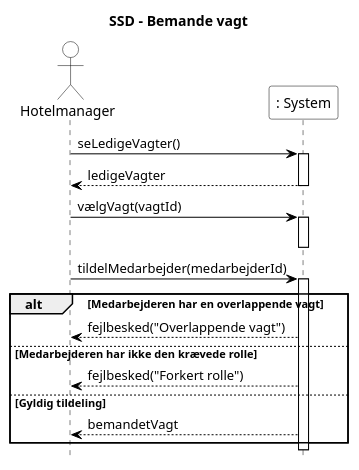
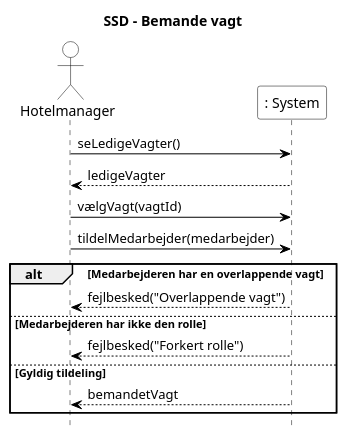
One commit to Baileykingaby/HotelFjordblik changed the diagram in SSD.puml. Above: the diagram before and after it, drawn with PlantUML.

Commit message:
SSD ændret

```diff
--- a/SSD.puml
+++ b/SSD.puml
@@ -2,55 +2,53 @@
 @startuml
 title SSD - Bemande vagt
 
 hide footbox
 
 skinparam backgroundColor white
 
 skinparam ActorStyle stickman
 skinparam ActorBackgroundColor white
 skinparam ActorBorderColor black
 skinparam ActorFontColor black
 
 skinparam ParticipantBackgroundColor white
 skinparam ParticipantBorderColor black
 skinparam ParticipantFontColor black
 
 skinparam SequenceLifeLineBackgroundColor white
 skinparam SequenceLifeLineBorderColor black
 
 skinparam ArrowColor black
 skinparam ArrowFontColor black
 
 skinparam GroupBorderColor black
 skinparam GroupBackgroundColor white
 skinparam GroupHeaderFontColor black
 skinparam GroupBodyBackgroundColor white
 
 actor "Hotelmanager" as H
 participant ": System" as S
 
 H -> S : seLedigeVagter()
-activate S
+
 S --> H : ledigeVagter
-deactivate S
 
 H -> S : vælgVagt(vagtId)
-activate S
-deactivate S
 
-H -> S : tildelMedarbejder(medarbejderId)
-activate S
+
+H -> S : tildelMedarbejder(medarbejder)
+
 
 alt Medarbejderen har en overlappende vagt
     S --> H : fejlbesked("Overlappende vagt")
 
-else Medarbejderen har ikke den krævede rolle
+else Medarbejderen har ikke den rolle
     S --> H : fejlbesked("Forkert rolle")
 
 else Gyldig tildeling
     S --> H : bemandetVagt
 end
 
-deactivate S
+
 
 @enduml
```
